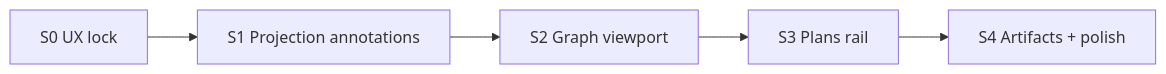
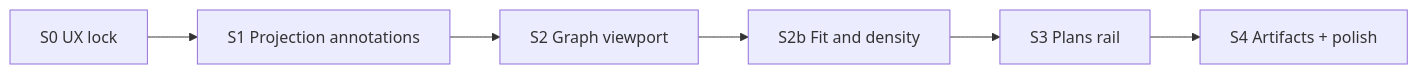
One commit to drive-mode/cline-drivecode changed the diagram in docs/drivecode/plans/cline-drivemode/initiatives/status-dependency-graph/slices.md. Above: the diagram before and after it, drawn with Mermaid. The commit also changed other lines of this file and 3 other files, not shown here.

First line of the commit message:
docs(drive): plan fit/density ladder and fix graph Fit-on-open

````diff
--- a/docs/drivecode/plans/cline-drivemode/initiatives/status-dependency-graph/slices.md
+++ b/docs/drivecode/plans/cline-drivemode/initiatives/status-dependency-graph/slices.md
@@ -5,9 +5,10 @@
 ```mermaid
 flowchart LR
   S0[S0 UX lock]
   S1[S1 Projection annotations]
   S2[S2 Graph viewport]
+  S2b[S2b Fit and density]
   S3[S3 Plans rail]
   S4[S4 Artifacts + polish]
-  S0 --> S1 --> S2 --> S3 --> S4
+  S0 --> S1 --> S2 --> S2b --> S3 --> S4
 ```
````
